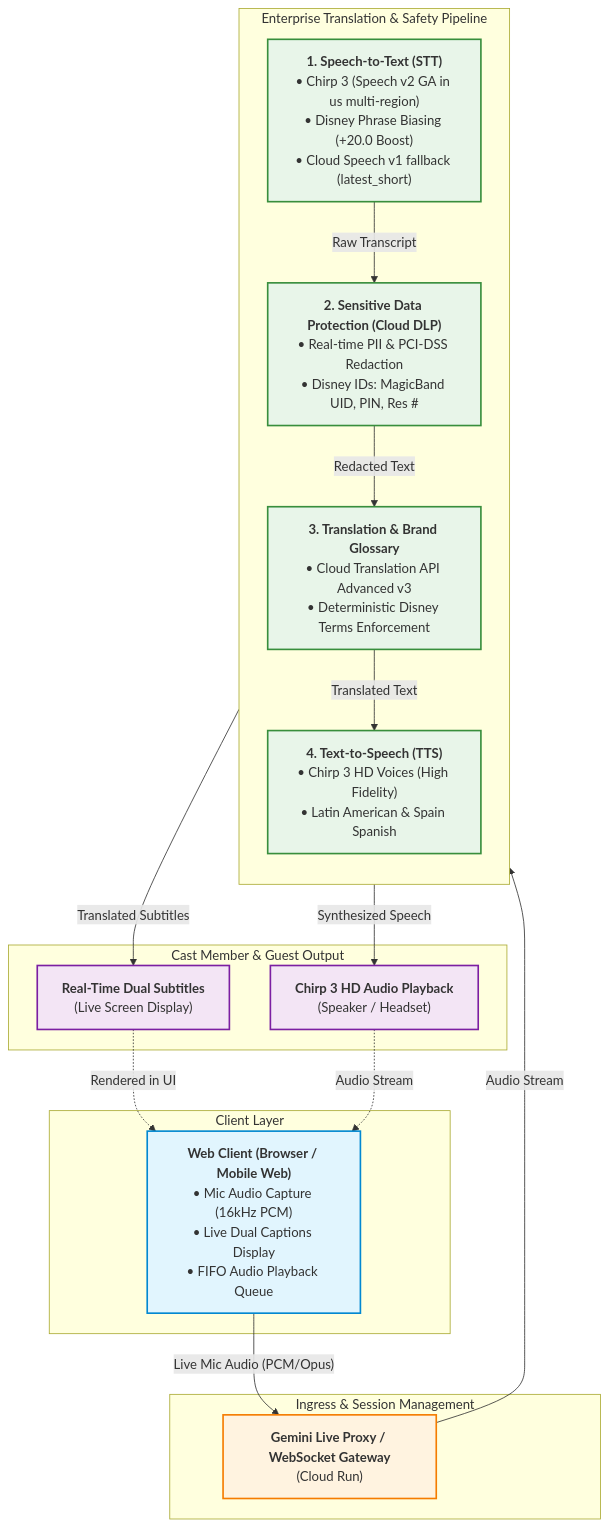
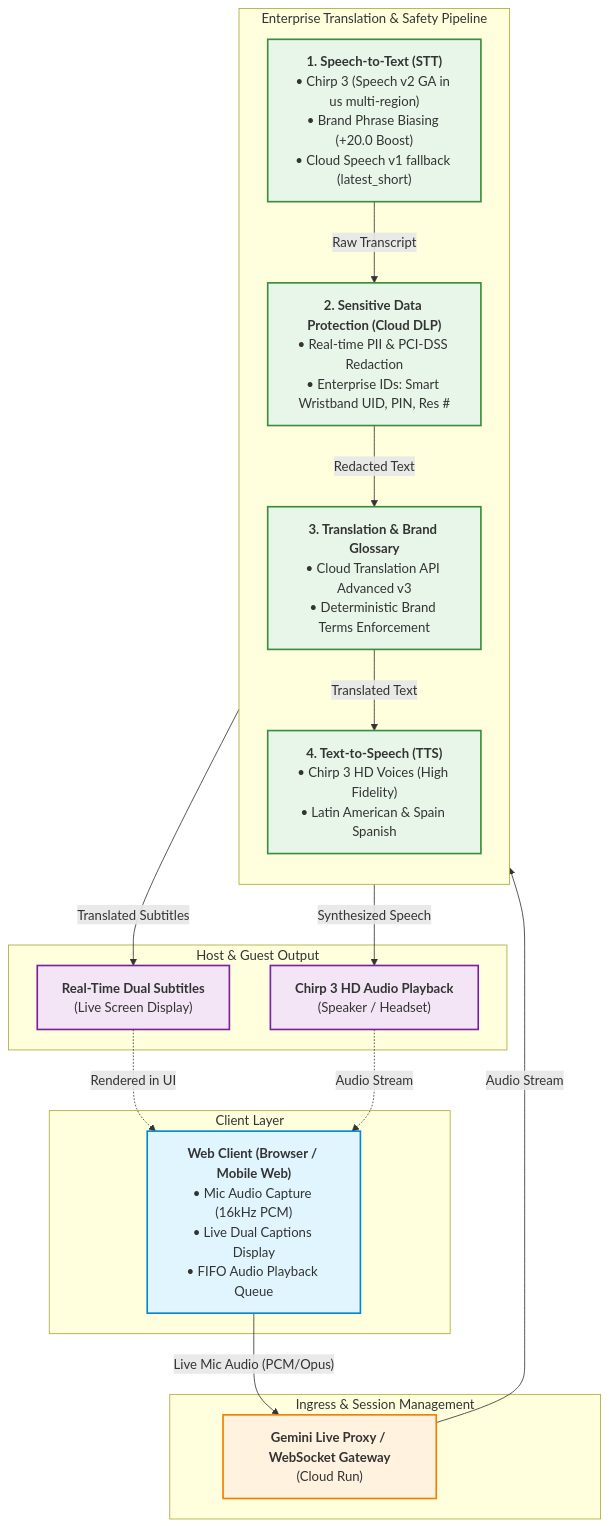
One commit to John-Anthony-L/GCP-Live-Translation changed the diagram in README.md. Above: the diagram before and after it, drawn with Mermaid. The commit also changed other lines of this file and 31 other files, not shown here.

Commit message:
feat: anonymize repo for public release and add multi-language glossary support

````diff
--- a/README.md
+++ b/README.md
@@ -26,49 +26,49 @@
 ```mermaid
 flowchart TD
     subgraph Client["Client Layer"]
         Web["<b>Web Client (Browser / Mobile Web)</b><br/>• Mic Audio Capture (16kHz PCM)<br/>• Live Dual Captions Display<br/>• FIFO Audio Playback Queue"]
     end
 
     subgraph Gateway["Ingress & Session Management"]
         Proxy["<b>Gemini Live Proxy / WebSocket Gateway</b><br/>(Cloud Run)"]
     end
 
     subgraph Pipeline["Enterprise Translation & Safety Pipeline"]
         direction TB
-        STT["<b>1. Speech-to-Text (STT)</b><br/>• Chirp 3 (Speech v2 GA in us multi-region)<br/>• Disney Phrase Biasing (+20.0 Boost)<br/>• Cloud Speech v1 fallback (latest_short)"]
-        DLP["<b>2. Sensitive Data Protection (Cloud DLP)</b><br/>• Real-time PII & PCI-DSS Redaction<br/>• Disney IDs: MagicBand UID, PIN, Res #"]
-        Trans["<b>3. Translation & Brand Glossary</b><br/>• Cloud Translation API Advanced v3<br/>• Deterministic Disney Terms Enforcement"]
+        STT["<b>1. Speech-to-Text (STT)</b><br/>• Chirp 3 (Speech v2 GA in us multi-region)<br/>• Brand Phrase Biasing (+20.0 Boost)<br/>• Cloud Speech v1 fallback (latest_short)"]
+        DLP["<b>2. Sensitive Data Protection (Cloud DLP)</b><br/>• Real-time PII & PCI-DSS Redaction<br/>• Enterprise IDs: Smart Wristband UID, PIN, Res #"]
+        Trans["<b>3. Translation & Brand Glossary</b><br/>• Cloud Translation API Advanced v3<br/>• Deterministic Brand Terms Enforcement"]
         TTS["<b>4. Text-to-Speech (TTS)</b><br/>• Chirp 3 HD Voices (High Fidelity)<br/>• Latin American & Spain Spanish"]
     end
 
-    subgraph Experience["Cast Member & Guest Output"]
+    subgraph Experience["Host & Guest Output"]
         TextOut["<b>Real-Time Dual Subtitles</b><br/>(Live Screen Display)"]
         AudioOut["<b>Chirp 3 HD Audio Playback</b><br/>(Speaker / Headset)"]
     end
 
     %% Audio input flow
     Web -->|"Live Mic Audio (PCM/Opus)"| Proxy
     Proxy -->|"Audio Stream"| STT
     STT -->|"Raw Transcript"| DLP
     DLP -->|"Redacted Text"| Trans
     Trans -->|"Translated Text"| TTS
 
     %% Output flow directly from Translation Pipeline
     Trans -->|"Translated Subtitles"| TextOut
     TTS -->|"Synthesized Speech"| AudioOut
 
     %% Feedback loop to Web Client UI
     TextOut -.->|"Rendered in UI"| Web
     AudioOut -.->|"Audio Stream"| Web
 
     %% Styling
     classDef clientStyle fill:#e1f5fe,stroke:#0288d1,stroke-width:2px;
     classDef proxyStyle fill:#fff3e0,stroke:#f57c00,stroke-width:2px;
     classDef pipeStyle fill:#e8f5e9,stroke:#388e3c,stroke-width:2px;
     classDef outStyle fill:#f3e5f5,stroke:#7b1fa2,stroke-width:2px;
 
     class Web clientStyle;
     class Proxy proxyStyle;
     class STT,DLP,Trans,TTS pipeStyle;
     class AudioOut,TextOut outStyle;
 ```
````
